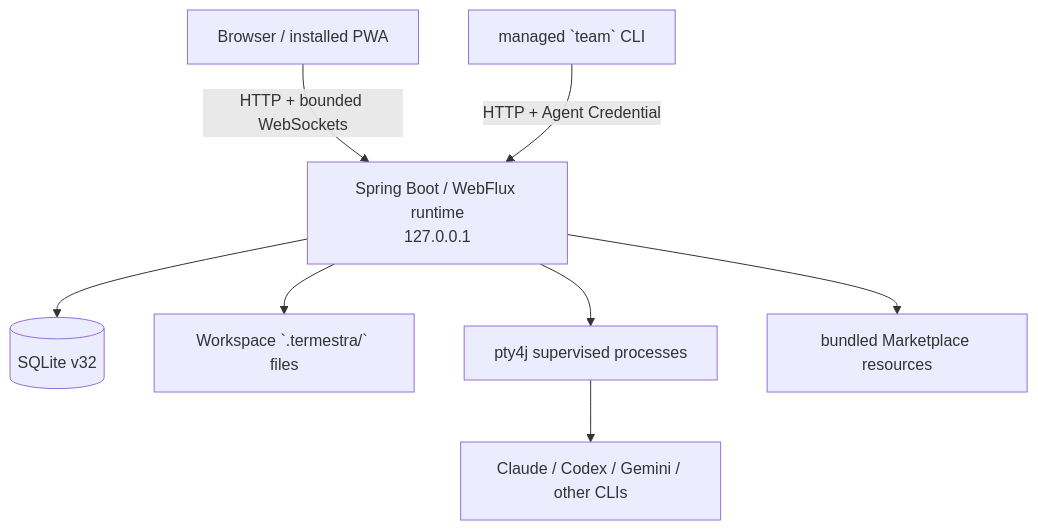
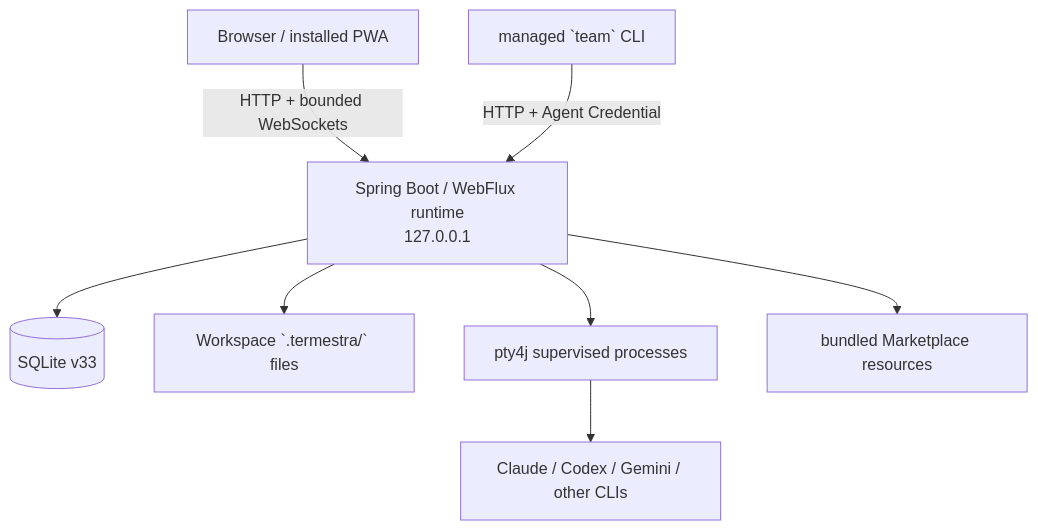
The first of 2 diagrams in docs/architecture/overview.md (sunsunsun-java/termestra), drawn with Mermaid before and after one commit. The commit also changed other lines of this file and 17 other files, not shown here.

````diff
--- a/docs/architecture/overview.md
+++ b/docs/architecture/overview.md
@@ -12,19 +12,19 @@
 ```mermaid
 flowchart TB
     Browser["Browser / installed PWA"]
     CLI["managed `team` CLI"]
     Runtime["Spring Boot / WebFlux runtime\n127.0.0.1"]
-    SQLite[("SQLite v32")]
+    SQLite[("SQLite v33")]
     Files["Workspace `.termestra/` files"]
     PTY["pty4j supervised processes"]
     Providers["Claude / Codex / Gemini / other CLIs"]
     Bundle["bundled Marketplace resources"]
 
     Browser -->|"HTTP + bounded WebSockets"| Runtime
     CLI -->|"HTTP + Agent Credential"| Runtime
     Runtime --> SQLite
     Runtime --> Files
     Runtime --> PTY
     PTY --> Providers
     Runtime --> Bundle
 ```
````
